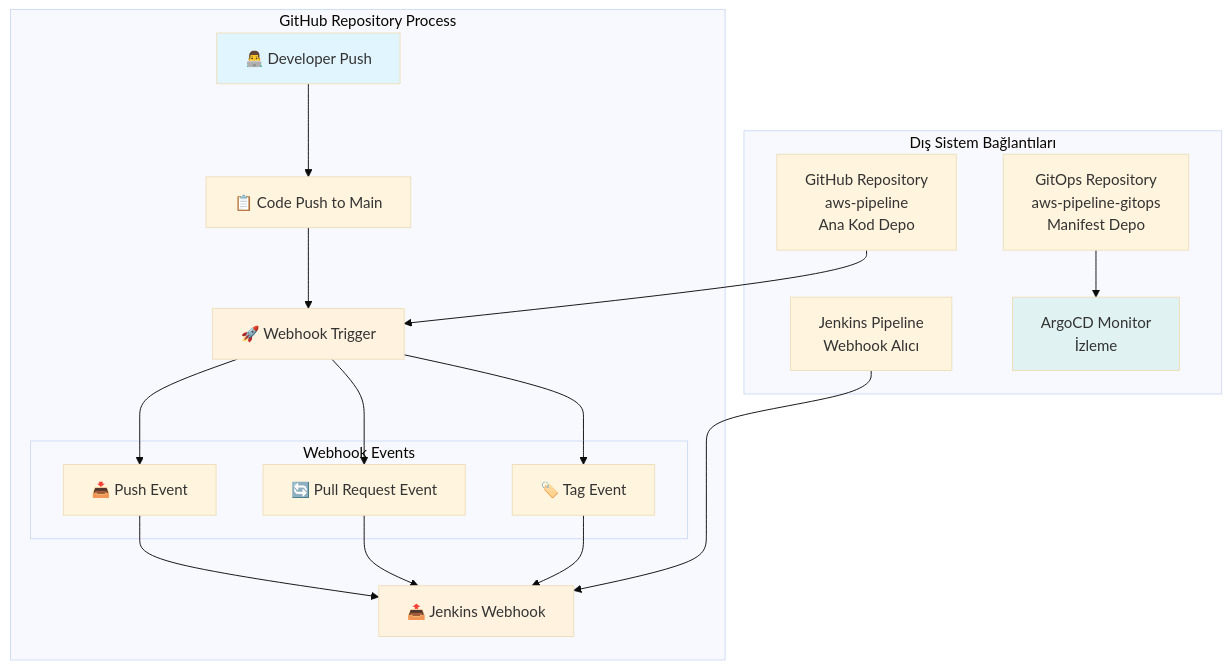
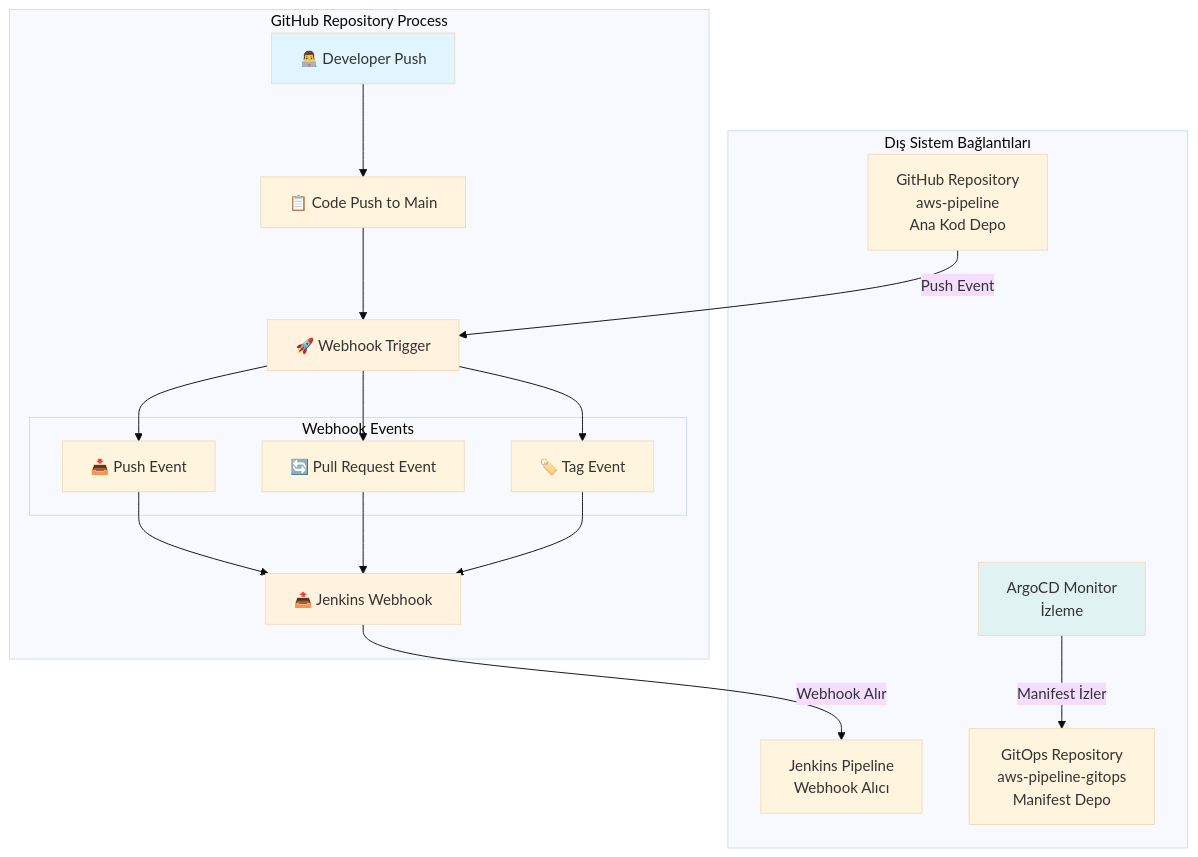
Before and after one commit to onurglr/aws-pipeline: the seventh of 9 diagrams in detailed-devops-diagrams.md, drawn with Mermaid (base theme). The commit also changed other lines of this file, not shown here.

````diff
--- a/detailed-devops-diagrams.md
+++ b/detailed-devops-diagrams.md
@@ -270,32 +270,32 @@
 ```mermaid
 graph TB
     subgraph "GitHub Repository Process"
         A[👨‍💻 Developer Push] --> B[📋 Code Push to Main]
         B --> C[🚀 Webhook Trigger]
         
         subgraph "Webhook Events"
             C1[📥 Push Event]
             C2[🔄 Pull Request Event]
             C3[🏷️ Tag Event]
         end
         
         C --> C1
         C --> C2
         C --> C3
         
         C1 --> D[📤 Jenkins Webhook]
         C2 --> D
         C3 --> D
     end
     
     subgraph "Dış Sistem Bağlantıları"
-        E[Jenkins Pipeline<br/>Webhook Alıcı] --> D
-        F[GitHub Repository<br/>aws-pipeline<br/>Ana Kod Depo] --> C
-        G[GitOps Repository<br/>aws-pipeline-gitops<br/>Manifest Depo] --> H[ArgoCD Monitor<br/>İzleme]
+        D -->|Webhook Alır| E[Jenkins Pipeline<br/>Webhook Alıcı]
+        F[GitHub Repository<br/>aws-pipeline<br/>Ana Kod Depo] -->|Push Event| C
+        H[ArgoCD Monitor<br/>İzleme] -->|Manifest İzler| G[GitOps Repository<br/>aws-pipeline-gitops<br/>Manifest Depo]
     end
     
     style A fill:#e1f5fe
     style C fill:#fff3e0
     style D fill:#fff3e0
     style H fill:#e0f2f1
 ```
````
